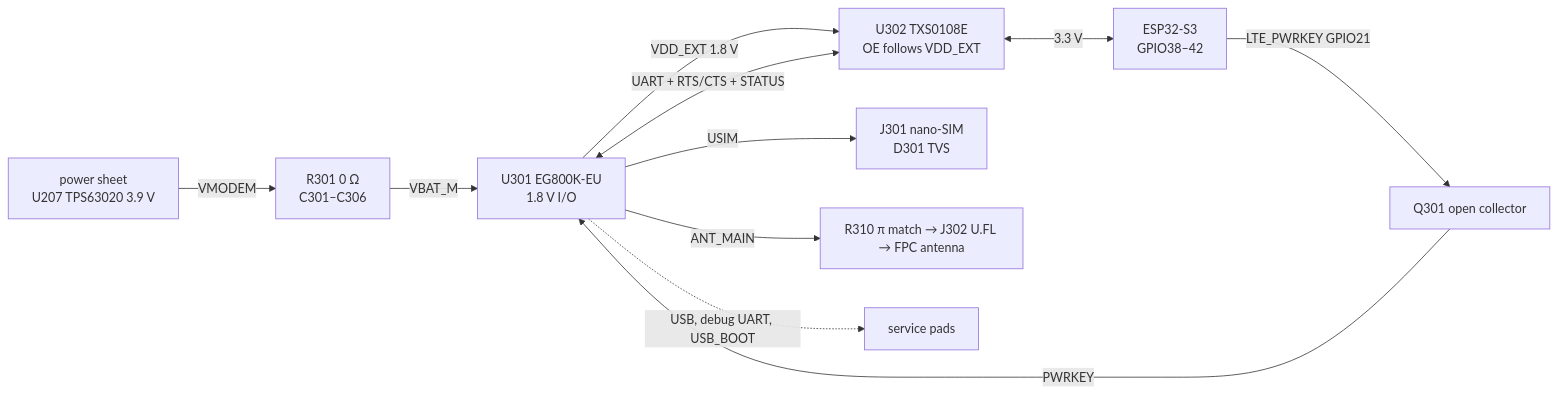
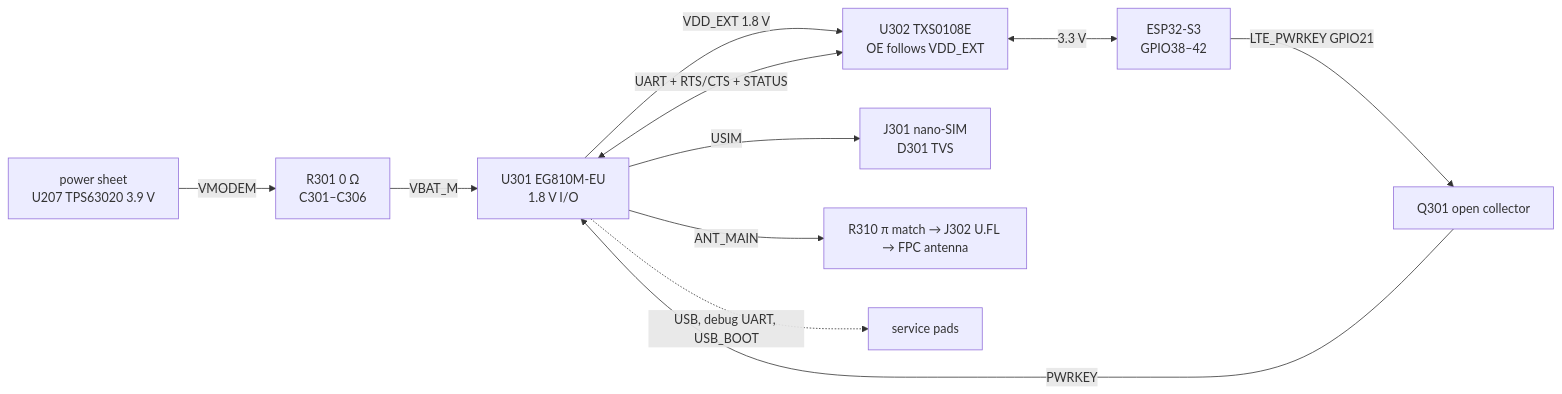
One commit to armsto88/Auris changed the diagram in hardware/lte/README.md. Above: the diagram before and after it, drawn with Mermaid. The commit also changed other lines of this file and 37 other files, not shown here.

````diff
--- a/hardware/lte/README.md
+++ b/hardware/lte/README.md
@@ -23,11 +23,11 @@
 ```mermaid
 flowchart LR
-  PWR[power sheet<br/>U207 TPS63020 3.9 V] -- VMODEM --> R301[R301 0 Ω<br/>C301–C306] -- VBAT_M --> MOD[U301 EG800K-EU<br/>1.8 V I/O]
+  PWR[power sheet<br/>U207 TPS63020 3.9 V] -- VMODEM --> R301[R301 0 Ω<br/>C301–C306] -- VBAT_M --> MOD[U301 EG810M-EU<br/>1.8 V I/O]
   MOD -- VDD_EXT 1.8 V --> LS[U302 TXS0108E<br/>OE follows VDD_EXT]
   MOD <-- UART + RTS/CTS + STATUS --> LS
   LS <-- 3.3 V --> MCU[ESP32-S3<br/>GPIO38–42]
   MCU -- LTE_PWRKEY GPIO21 --> Q301[Q301 open collector] -- PWRKEY --> MOD
   MOD -- USIM --> SIM[J301 nano-SIM<br/>D301 TVS]
   MOD -- ANT_MAIN --> ANT[R310 π match → J302 U.FL → FPC antenna]
   MOD -. USB, debug UART, USB_BOOT .-> TP[service pads]
 ```
````
